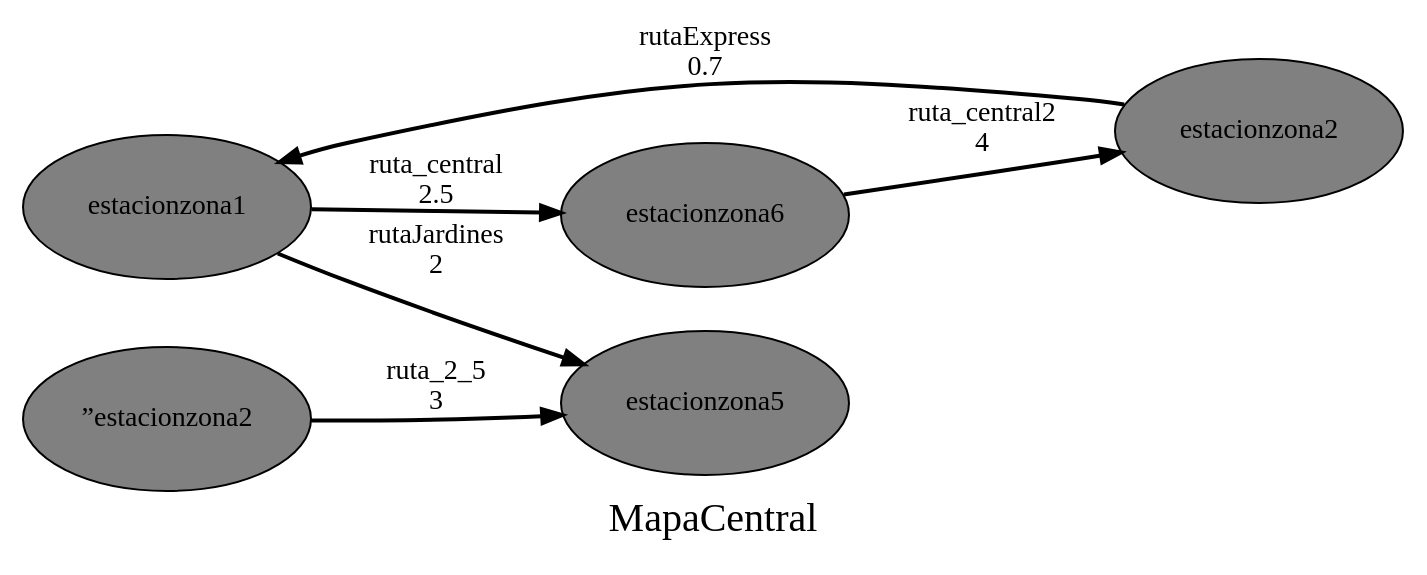
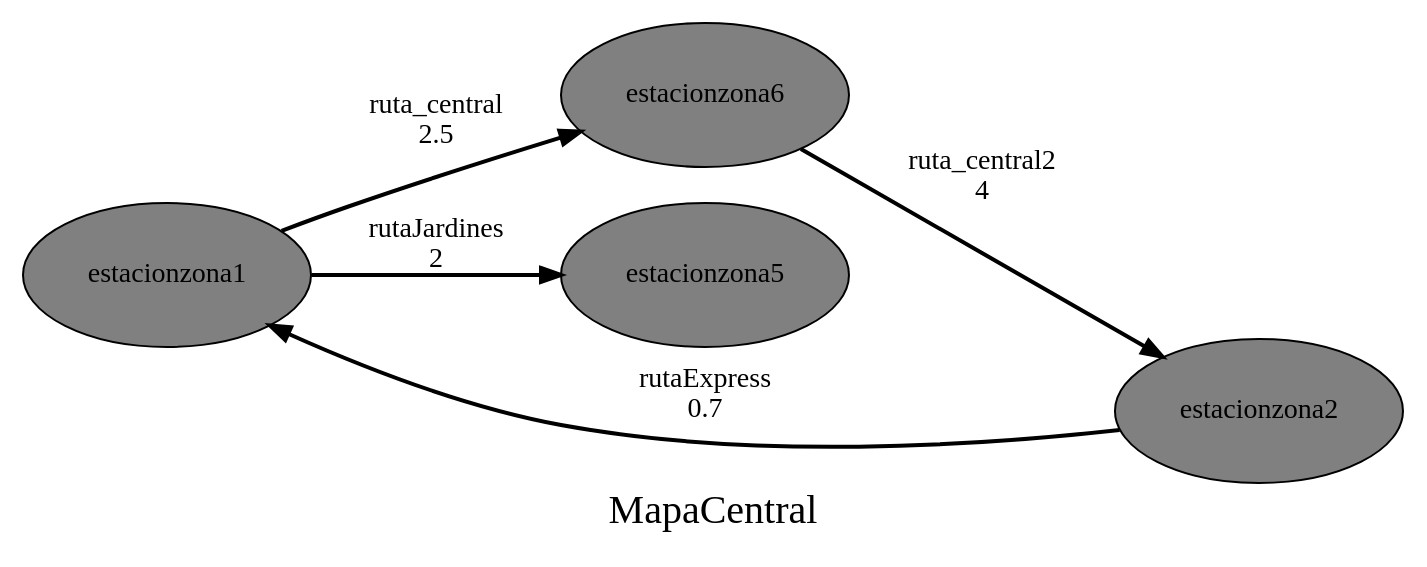
Before and after one commit to AdrianMolina2000/-LF-Proyecto1: the diagram in Images/Ruta2.gv, drawn with Graphviz. The commit also changed 16 other files, not shown here.

```diff
--- a/Images/Ruta2.gv
+++ b/Images/Ruta2.gv
@@ -1,17 +1,15 @@
 digraph Ruta2 {
 	node [color=black fillcolor=gray fixedsize=true height=1 shape=oval style=filled width=2]
 	estacionzona1 -> estacionzona6 [label="ruta_central
 2.5" style=bold]
 	estacionzona6 -> estacionzona2 [label="ruta_central2
 4" style=bold]
 	estacionzona2 -> estacionzona1 [label="rutaExpress
 0.7" style=bold]
 	estacionzona1 -> estacionzona5 [label="rutaJardines
 2" style=bold]
-	"”estacionzona2" -> estacionzona5 [label="ruta_2_5
-3" style=bold]
 	overlap=false
 	label=MapaCentral
 	fontsize=20
 	rankdir=LR
 }
```
